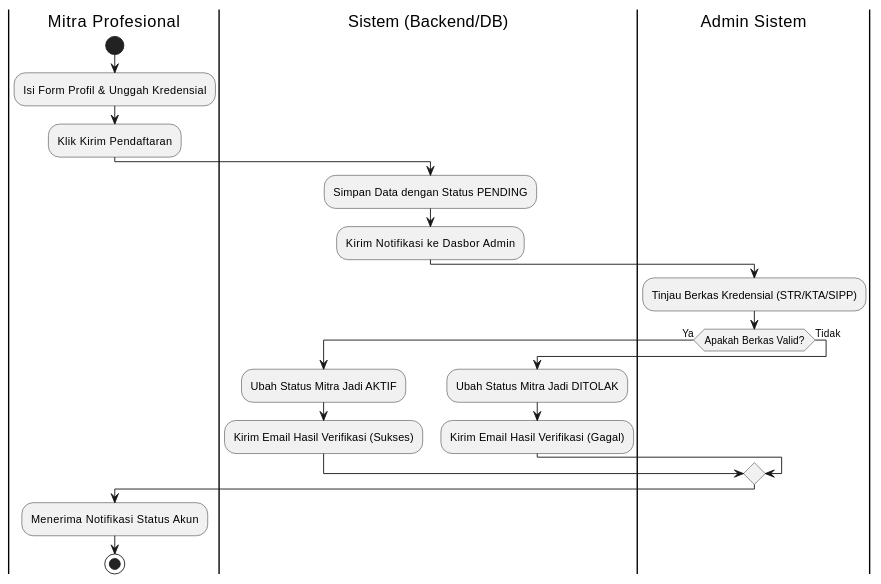
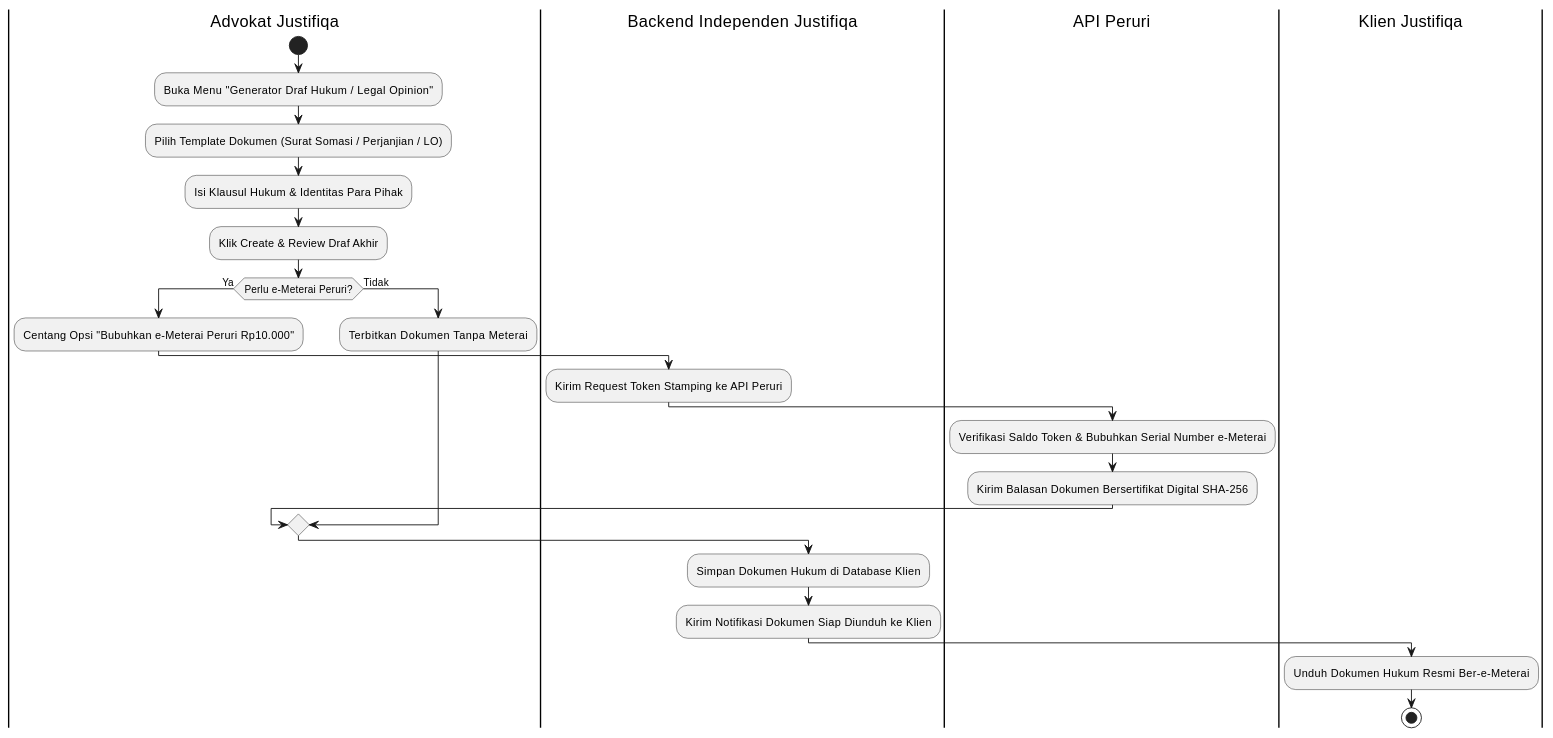
One commit to tupperwureism/SuperApp-Gagal changed the sixth of 20 diagrams in MarkDown/plantuml_activity_diagrams.md. Above: the diagram before and after it, drawn with PlantUML. The commit also changed other lines of this file and 60 other files, not shown here.

````diff
--- a/MarkDown/plantuml_activity_diagrams.md
+++ b/MarkDown/plantuml_activity_diagrams.md
@@ -202,28 +248,29 @@
 ```plantuml
 @startuml
-|Mitra Profesional|
+|Advokat Justifiqa|
 start
-:Isi Form Profil & Unggah Kredensial;
-:Klik Kirim Pendaftaran;
-
-|Sistem (Backend/DB)|
-:Simpan Data dengan Status PENDING;
-:Kirim Notifikasi ke Dasbor Admin;
-
-|Admin Sistem|
-:Tinjau Berkas Kredensial (STR/KTA/SIPP);
-if (Apakah Berkas Valid?) then (Ya)
-  |Sistem (Backend/DB)|
-  :Ubah Status Mitra Jadi AKTIF;
-  :Kirim Email Hasil Verifikasi (Sukses);
+:Buka Menu "Generator Draf Hukum / Legal Opinion";
+:Pilih Template Dokumen (Surat Somasi / Perjanjian / LO);
+:Isi Klausul Hukum & Identitas Para Pihak;
+:Klik Create & Review Draf Akhir;
+if (Perlu e-Meterai Peruri?) then (Ya)
+  :Centang Opsi "Bubuhkan e-Meterai Peruri Rp10.000";
+  |Backend Independen Justifiqa|
+  :Kirim Request Token Stamping ke API Peruri;
+  |API Peruri|
+  :Verifikasi Saldo Token & Bubuhkan Serial Number e-Meterai;
+  :Kirim Balasan Dokumen Bersertifikat Digital SHA-256;
 else (Tidak)
-  |Sistem (Backend/DB)|
-  :Ubah Status Mitra Jadi DITOLAK;
-  :Kirim Email Hasil Verifikasi (Gagal);
+  |Advokat Justifiqa|
+  :Terbitkan Dokumen Tanpa Meterai;
 endif
 
-|Mitra Profesional|
-:Menerima Notifikasi Status Akun;
+|Backend Independen Justifiqa|
+:Simpan Dokumen Hukum di Database Klien;
+:Kirim Notifikasi Dokumen Siap Diunduh ke Klien;
+
+|Klien Justifiqa|
+:Unduh Dokumen Hukum Resmi Ber-e-Meterai;
 stop
 @enduml
 ```
````
